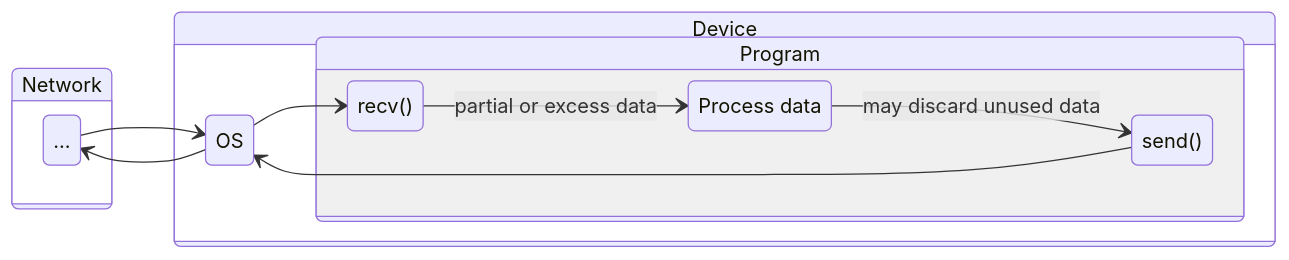
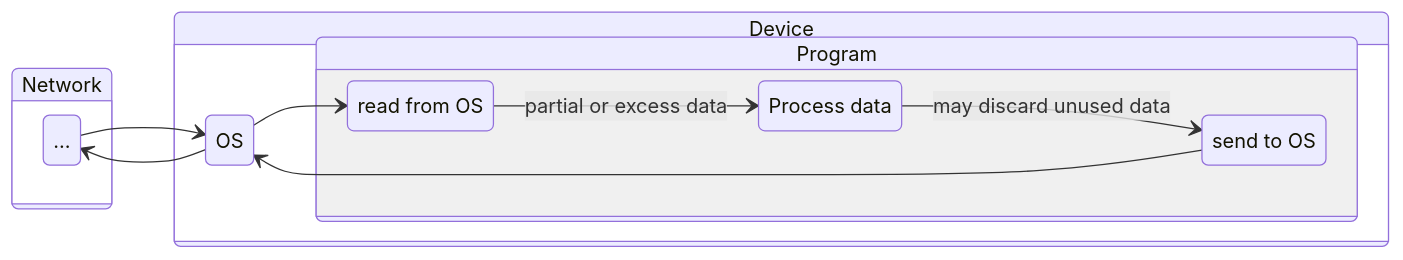
Before and after one commit to L0bstr/clawnet: the first of 2 diagrams in docs/sections/recv_buffer.md, drawn with Mermaid. The commit also changed other lines of this file and 7 other files, not shown here.

````diff
--- a/docs/sections/recv_buffer.md
+++ b/docs/sections/recv_buffer.md
@@ -19,26 +19,25 @@
 ```mermaid
 stateDiagram-v2
     direction LR
 
     state "Network" as network {
         state "..." as other
     }
 
     state "Device" as dev {
 
         state "OS" as os
         state "Program" as program {
-
-            state "recv()" as recv
-            state "send()" as send
+            state "read from OS" as recv
             state "Process data" as process
+            state "send to OS" as send
         }
     }
 
     other --> os
     os --> recv
     recv --> process : partial or excess data
     process --> send : may discard unused data
     send --> os
     os --> other
 ```
````
